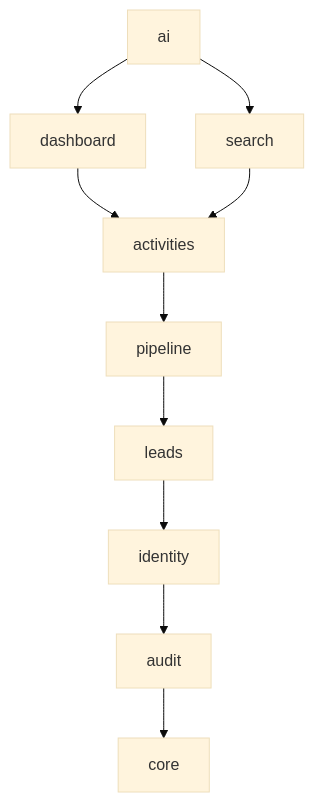
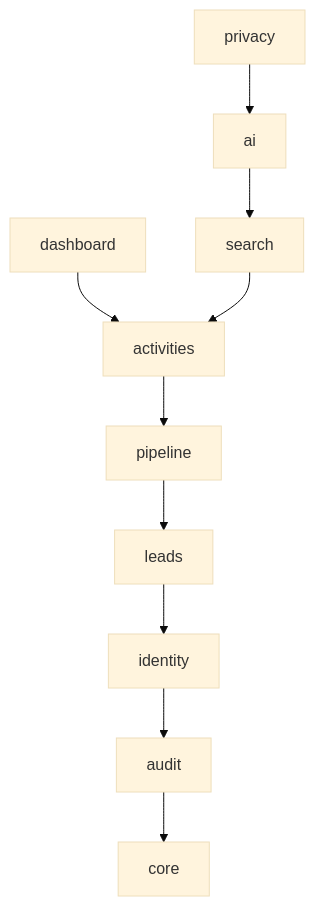
Before and after one commit to Aman03305/Arkray-CRM: the second of 3 diagrams in docs/architecture.md, drawn with Mermaid (base theme). The commit also changed other lines of this file and 267 other files, not shown here.

````diff
--- a/docs/architecture.md
+++ b/docs/architecture.md
@@ -86,7 +93,8 @@
 ```mermaid
 flowchart TB
-    ai --> dashboard & search
+    privacy --> ai
+    ai --> search
     dashboard --> activities
     search --> activities
     activities --> pipeline --> leads --> identity --> audit --> core
 ```
````
